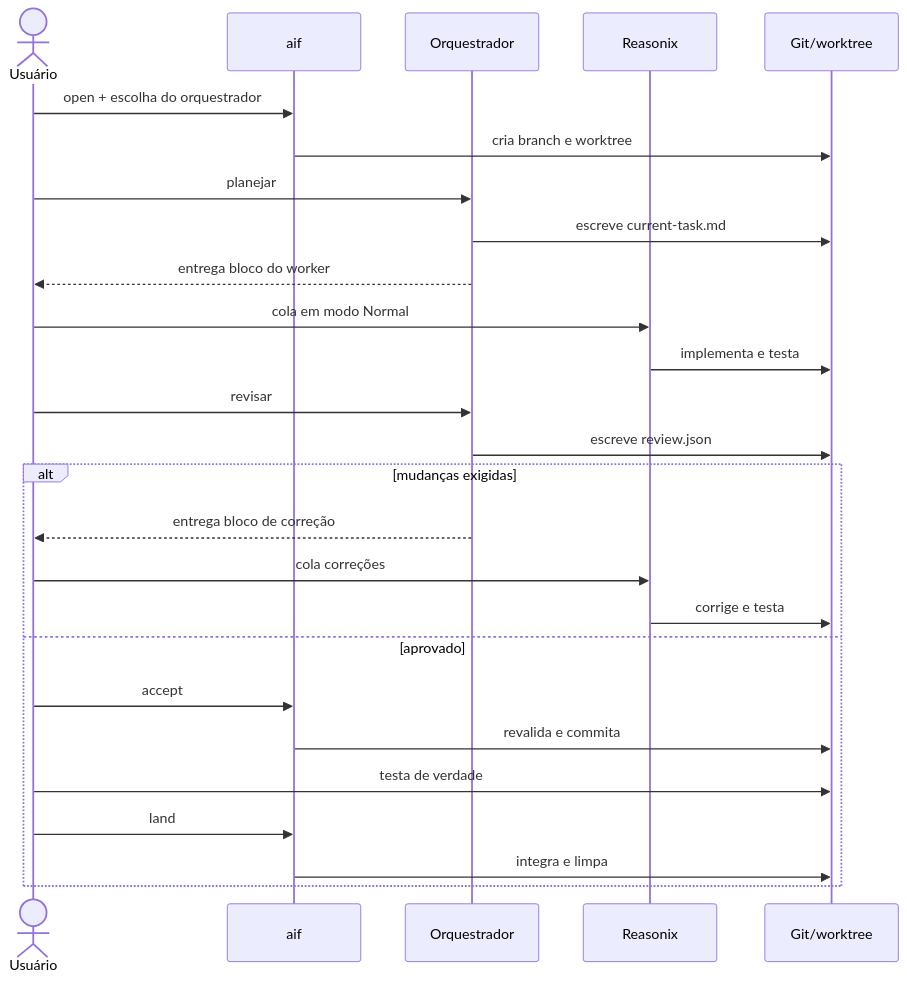
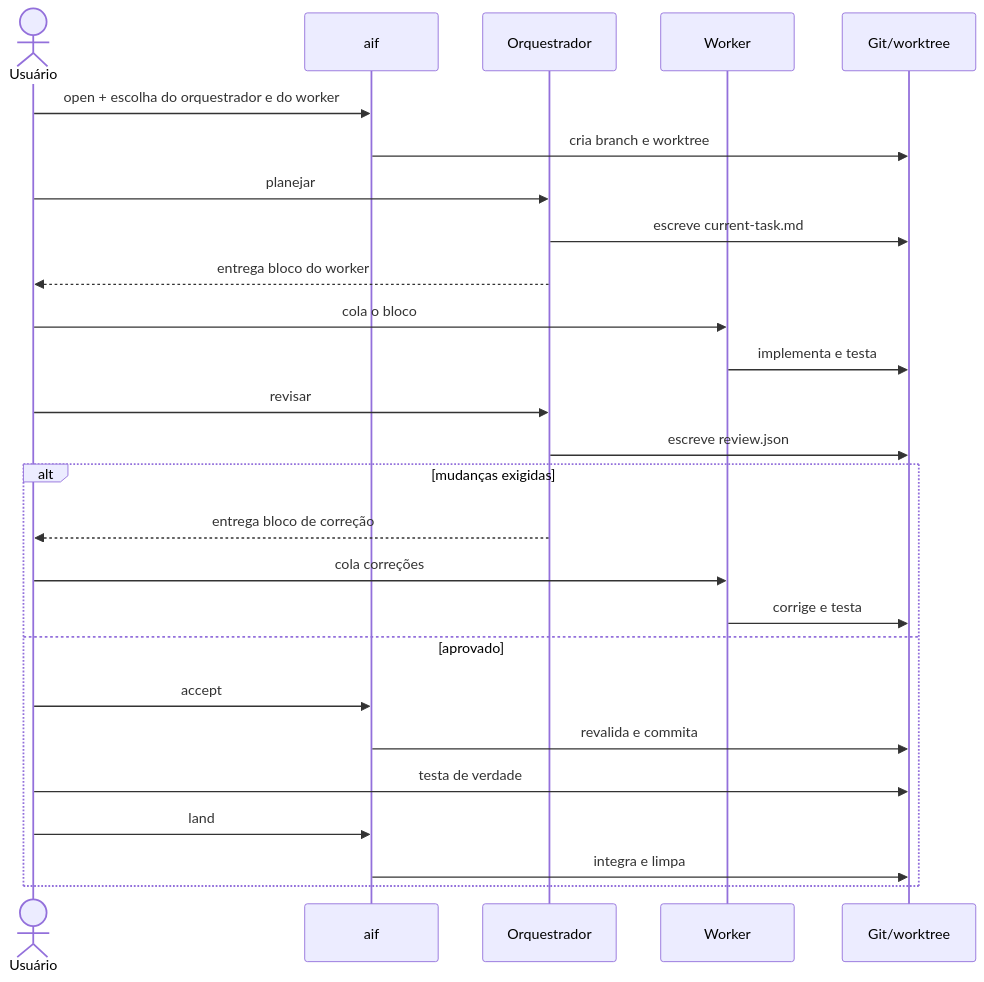
The diagram in ARQUITETURA.md (cbandeira/orquestracao-claude-reasonix), drawn with Mermaid before and after one commit. The commit also changed other lines of this file and 10 other files, not shown here.

````diff
--- a/ARQUITETURA.md
+++ b/ARQUITETURA.md
@@ -104,29 +122,29 @@
 ```mermaid
 sequenceDiagram
     actor H as Usuário
     participant A as aif
     participant O as Orquestrador
-    participant R as Reasonix
+    participant R as Worker
     participant G as Git/worktree
 
-    H->>A: open + escolha do orquestrador
+    H->>A: open + escolha do orquestrador e do worker
     A->>G: cria branch e worktree
     H->>O: planejar
     O->>G: escreve current-task.md
     O-->>H: entrega bloco do worker
-    H->>R: cola em modo Normal
+    H->>R: cola o bloco
     R->>G: implementa e testa
     H->>O: revisar
     O->>G: escreve review.json
     alt mudanças exigidas
         O-->>H: entrega bloco de correção
         H->>R: cola correções
         R->>G: corrige e testa
     else aprovado
         H->>A: accept
         A->>G: revalida e commita
         H->>G: testa de verdade
         H->>A: land
         A->>G: integra e limpa
     end
 ```
````
